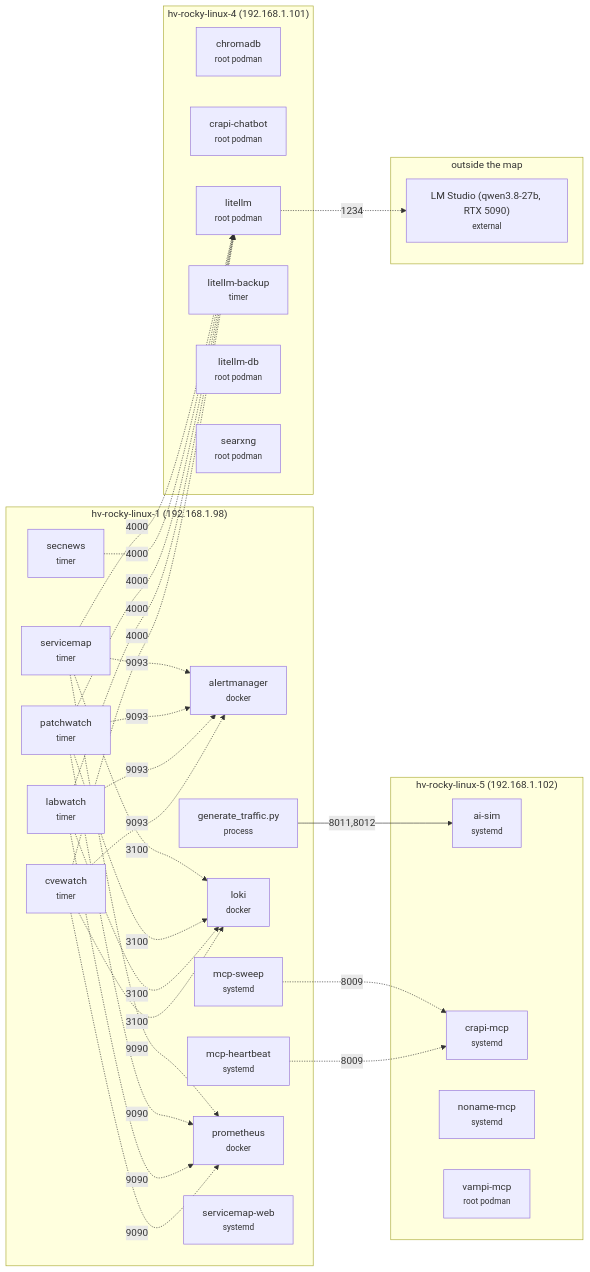
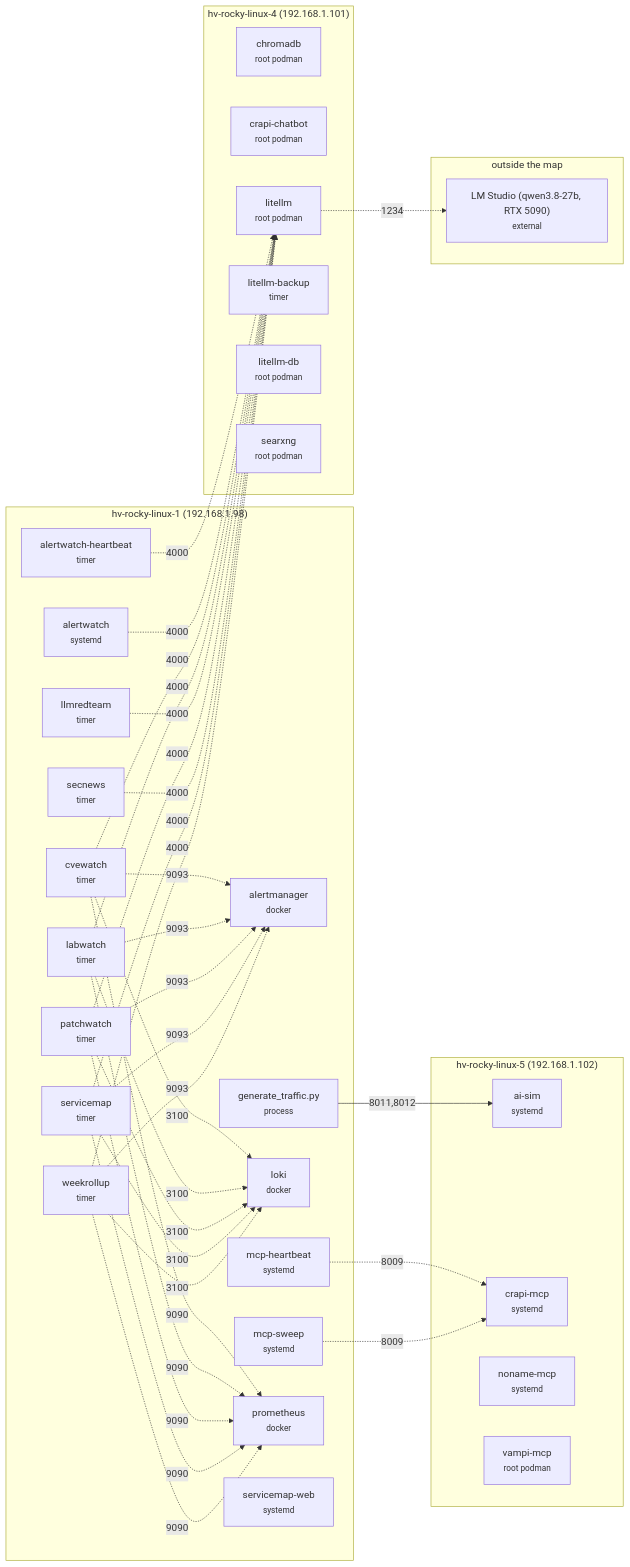
The diagram in service-map/README.md (mcropsey/cropsey-lab), drawn with Mermaid before and after one commit. The commit also changed other lines of this file and 6 other files, not shown here.

First line of the commit message:
service-map: 2026-10-20 - +5 (alertwatch, alertwatch-heartbeat, alertwatch, llmredteam…); 8 host changes

````diff
--- a/service-map/README.md
+++ b/service-map/README.md
@@ -13,55 +25,66 @@
 ```mermaid
 flowchart LR
   subgraph ned5a715a["hv-rocky-linux-1 (192.168.1.98)"]
     n8f651301["alertmanager<br/><small>docker</small>"]
+    n21cfb59a["alertwatch<br/><small>systemd</small>"]
+    n3fd6a072["alertwatch-heartbeat<br/><small>timer</small>"]
     n8dc796a2["cvewatch<br/><small>timer</small>"]
     n48c4898e["generate_traffic.py<br/><small>process</small>"]
     nd6fb9104["labwatch<br/><small>timer</small>"]
+    n8203cbf4["llmredteam<br/><small>timer</small>"]
     n941b31c1["loki<br/><small>docker</small>"]
     n5b143553["mcp-heartbeat<br/><small>systemd</small>"]
     n58c79f44["mcp-sweep<br/><small>systemd</small>"]
     nce8753db["patchwatch<br/><small>timer</small>"]
     n02586a2d["prometheus<br/><small>docker</small>"]
     n6d57d599["secnews<br/><small>timer</small>"]
     n6a5837e4["servicemap<br/><small>timer</small>"]
     na22c2867["servicemap-web<br/><small>systemd</small>"]
+    n4542db86["weekrollup<br/><small>timer</small>"]
   end
   subgraph n36ab8e4d["hv-rocky-linux-4 (192.168.1.101)"]
     n0461fc1d["chromadb<br/><small>root podman</small>"]
     n5c6b5155["crapi-chatbot<br/><small>root podman</small>"]
     ne2915bec["litellm<br/><small>root podman</small>"]
     n330d721c["litellm-backup<br/><small>timer</small>"]
     ncbec0408["litellm-db<br/><small>root podman</small>"]
     nbffaded7["searxng<br/><small>root podman</small>"]
   end
   subgraph nb61e3590["hv-rocky-linux-5 (192.168.1.102)"]
     nfaf72a42["ai-sim<br/><small>systemd</small>"]
     n0286a0d8["crapi-mcp<br/><small>systemd</small>"]
     nc32c2bb2["noname-mcp<br/><small>systemd</small>"]
     n3a63784e["vampi-mcp<br/><small>root podman</small>"]
   end
   subgraph n27d5482e["outside the map"]
     nda547473["LM Studio (qwen3.8-27b, RTX 5090)<br/><small>external</small>"]
   end
   n48c4898e -->|8011,8012| nfaf72a42
+  n3fd6a072 -.->|4000| ne2915bec
+  n21cfb59a -.->|4000| ne2915bec
   n8dc796a2 -.->|4000| ne2915bec
   n8dc796a2 -.->|3100| n941b31c1
   n8dc796a2 -.->|9090| n02586a2d
   n8dc796a2 -.->|9093| n8f651301
   nd6fb9104 -.->|4000| ne2915bec
   nd6fb9104 -.->|3100| n941b31c1
   nd6fb9104 -.->|9090| n02586a2d
   nd6fb9104 -.->|9093| n8f651301
+  n8203cbf4 -.->|4000| ne2915bec
   n5b143553 -.->|8009| n0286a0d8
   n58c79f44 -.->|8009| n0286a0d8
   nce8753db -.->|4000| ne2915bec
   nce8753db -.->|3100| n941b31c1
   nce8753db -.->|9090| n02586a2d
   nce8753db -.->|9093| n8f651301
   n6d57d599 -.->|4000| ne2915bec
   n6a5837e4 -.->|4000| ne2915bec
   n6a5837e4 -.->|3100| n941b31c1
   n6a5837e4 -.->|9090| n02586a2d
   n6a5837e4 -.->|9093| n8f651301
+  n4542db86 -.->|4000| ne2915bec
+  n4542db86 -.->|3100| n941b31c1
+  n4542db86 -.->|9090| n02586a2d
+  n4542db86 -.->|9093| n8f651301
   ne2915bec -.->|1234| nda547473
 ```
````
